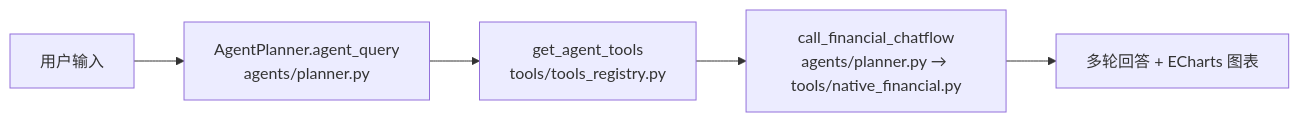
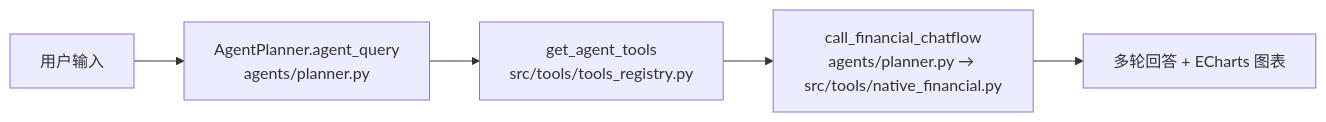
One commit to autumnieave/smart-financial-qa changed the fourth of 4 diagrams in docs/ARCHITECTURE.md. Above: the diagram before and after it, drawn with Mermaid. The commit also changed other lines of this file and 7 other files, not shown here.

First line of the commit message:
docs: ⑤ 收口 —— 8 份活文档 tools/ 路径同步为 src/tools/

````diff
--- a/docs/ARCHITECTURE.md
+++ b/docs/ARCHITECTURE.md
@@ -120,7 +120,7 @@
 ```mermaid
 flowchart LR
     U["用户输入"] --> AG["AgentPlanner.agent_query<br/>agents/planner.py"]
-    AG --> T["get_agent_tools<br/>tools/tools_registry.py"]
-    T --> F["call_financial_chatflow<br/>agents/planner.py → tools/native_financial.py"]
+    AG --> T["get_agent_tools<br/>src/tools/tools_registry.py"]
+    T --> F["call_financial_chatflow<br/>agents/planner.py → src/tools/native_financial.py"]
     F --> O["多轮回答 + ECharts 图表"]
 ```
````
